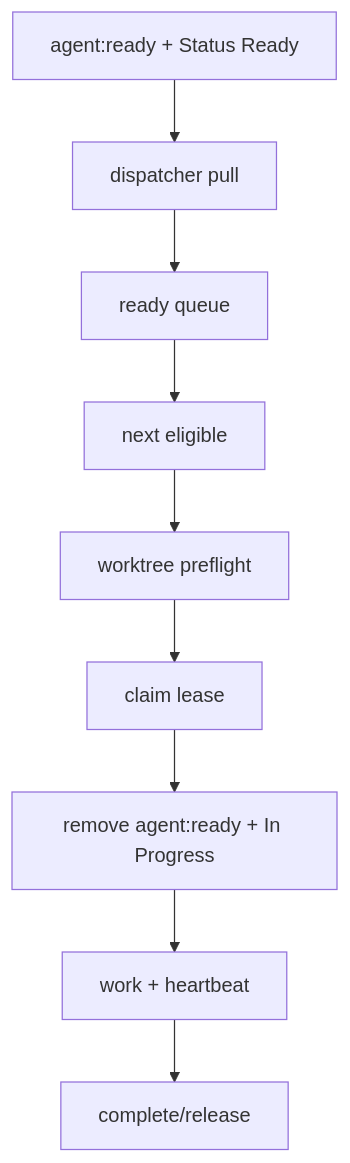
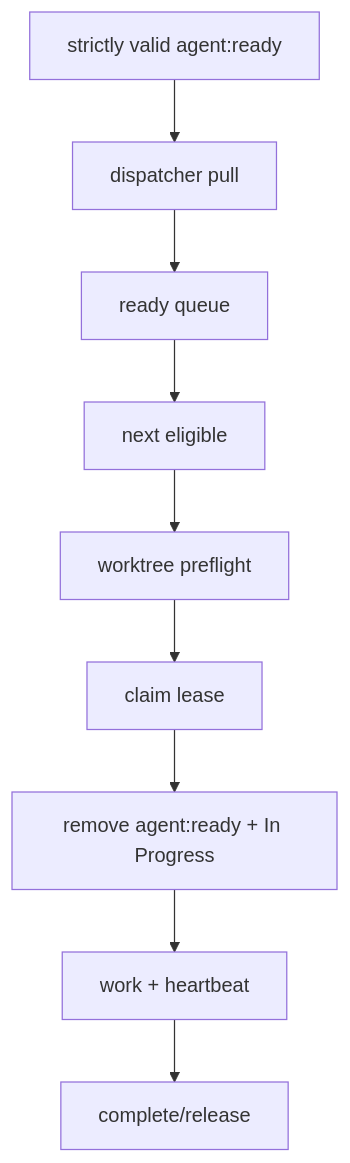
Before and after one commit to RasmusTho/agentic-pkm-mvp: diagram 17 of 23 in docs/development/BUILDER_SYSTEM_PROCESS_MAP.md, drawn with Mermaid. The commit also changed other lines of this file and 20 other files, not shown here.

````diff
--- a/docs/development/BUILDER_SYSTEM_PROCESS_MAP.md
+++ b/docs/development/BUILDER_SYSTEM_PROCESS_MAP.md
@@ -659,11 +664,11 @@
 ```mermaid
 flowchart TD
-  ReadyIssue["agent:ready + Status Ready"] --> PullSync["dispatcher pull"]
+  ReadyIssue["strictly valid agent:ready"] --> PullSync["dispatcher pull"]
   PullSync --> Queue["ready queue"]
   Queue --> Next["next eligible"]
   Next --> Preflight["worktree preflight"]
   Preflight --> Claim["claim lease"]
   Claim --> GithubClaim["remove agent:ready + In Progress"]
   GithubClaim --> Work["work + heartbeat"]
   Work --> Complete["complete/release"]
 ```
````
